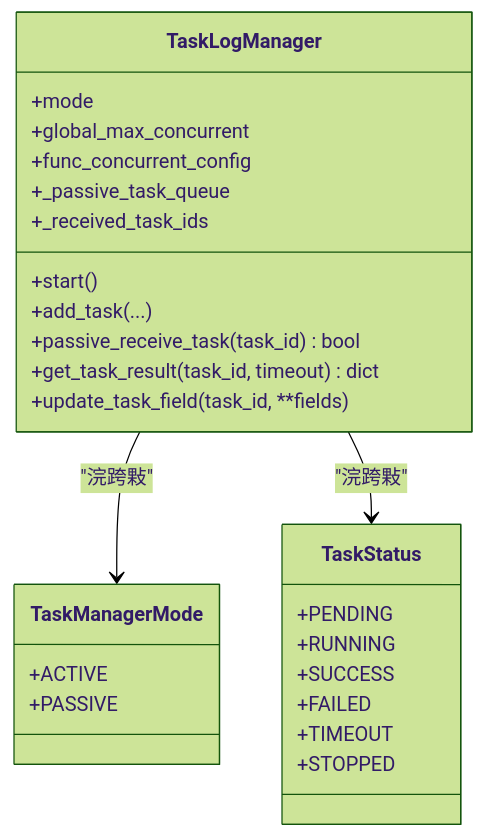
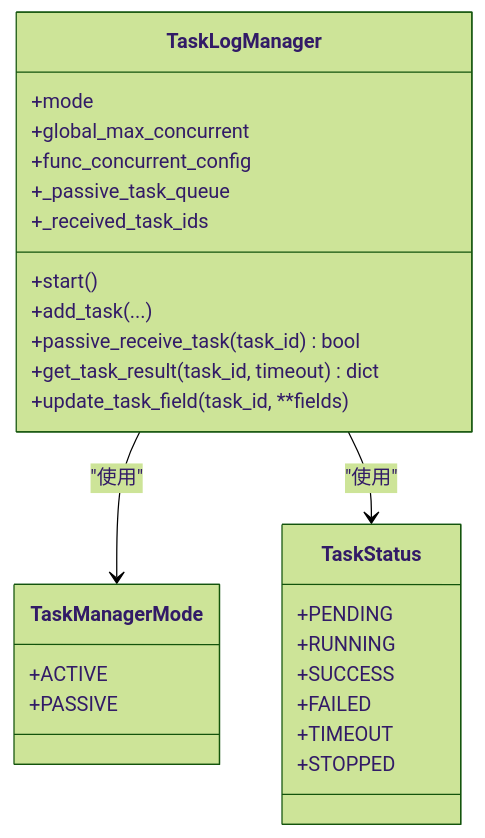
One commit to boltspectre/temu-automation-toolkit changed the fifth of 6 diagrams in 代码规范/系统说明文档md/核心工具模块/任务管理系统.md. Above: the diagram before and after it, drawn with Mermaid (forest theme). The commit also changed other lines of this file and 15 other files, not shown here.

````diff
--- a/代码规范/系统说明文档md/核心工具模块/任务管理系统.md
+++ b/代码规范/系统说明文档md/核心工具模块/任务管理系统.md
@@ -197,29 +235,29 @@
 ```mermaid
 classDiagram
 class TaskLogManager {
 +mode
 +global_max_concurrent
 +func_concurrent_config
 +_passive_task_queue
 +_received_task_ids
 +start()
 +add_task(...)
 +passive_receive_task(task_id) bool
 +get_task_result(task_id, timeout) dict
 +update_task_field(task_id, **fields)
 }
 class TaskManagerMode {
 +ACTIVE
 +PASSIVE
 }
 class TaskStatus {
 +PENDING
 +RUNNING
 +SUCCESS
 +FAILED
 +TIMEOUT
 +STOPPED
 }
-TaskLogManager --> TaskManagerMode : "浣跨敤"
-TaskLogManager --> TaskStatus : "浣跨敤"
+TaskLogManager --> TaskManagerMode : "使用"
+TaskLogManager --> TaskStatus : "使用"
 ```
````
